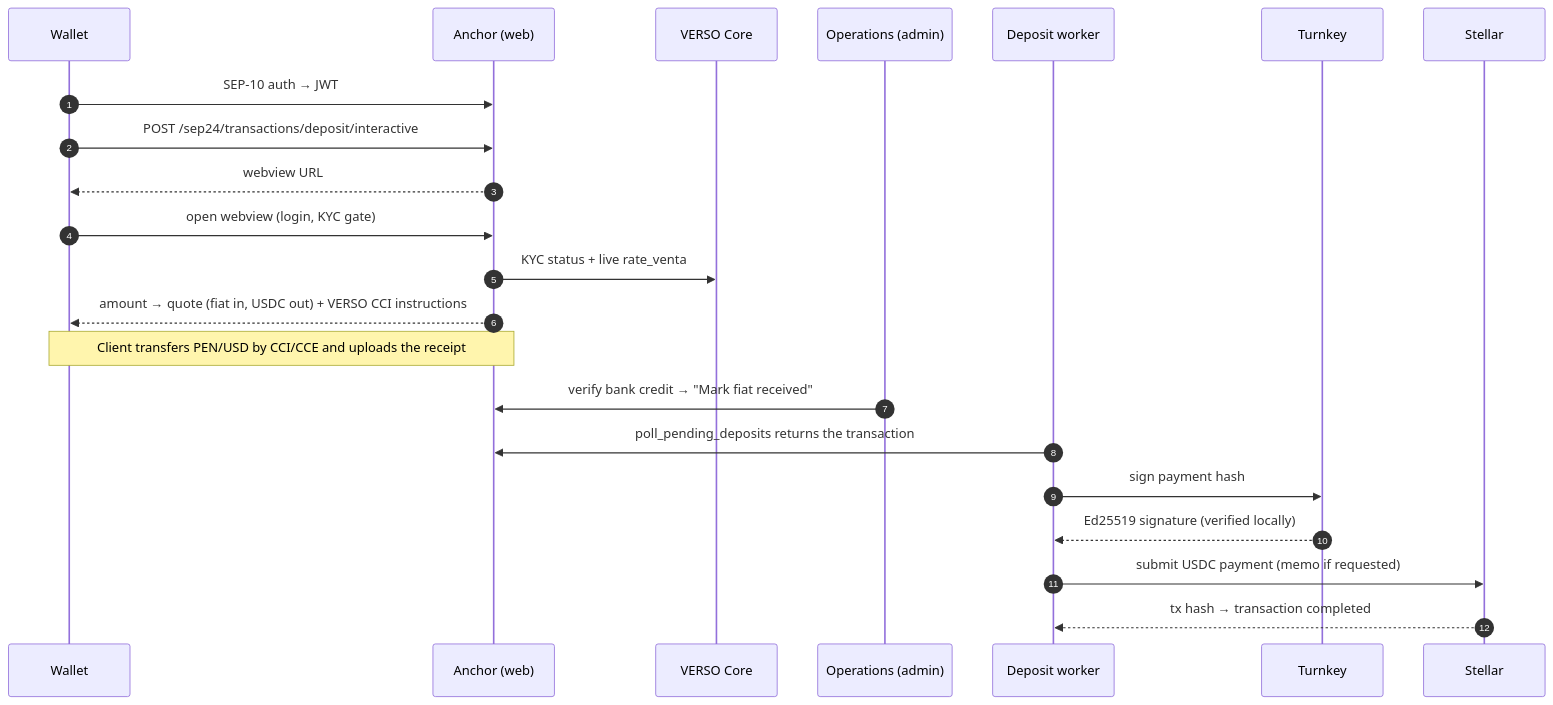
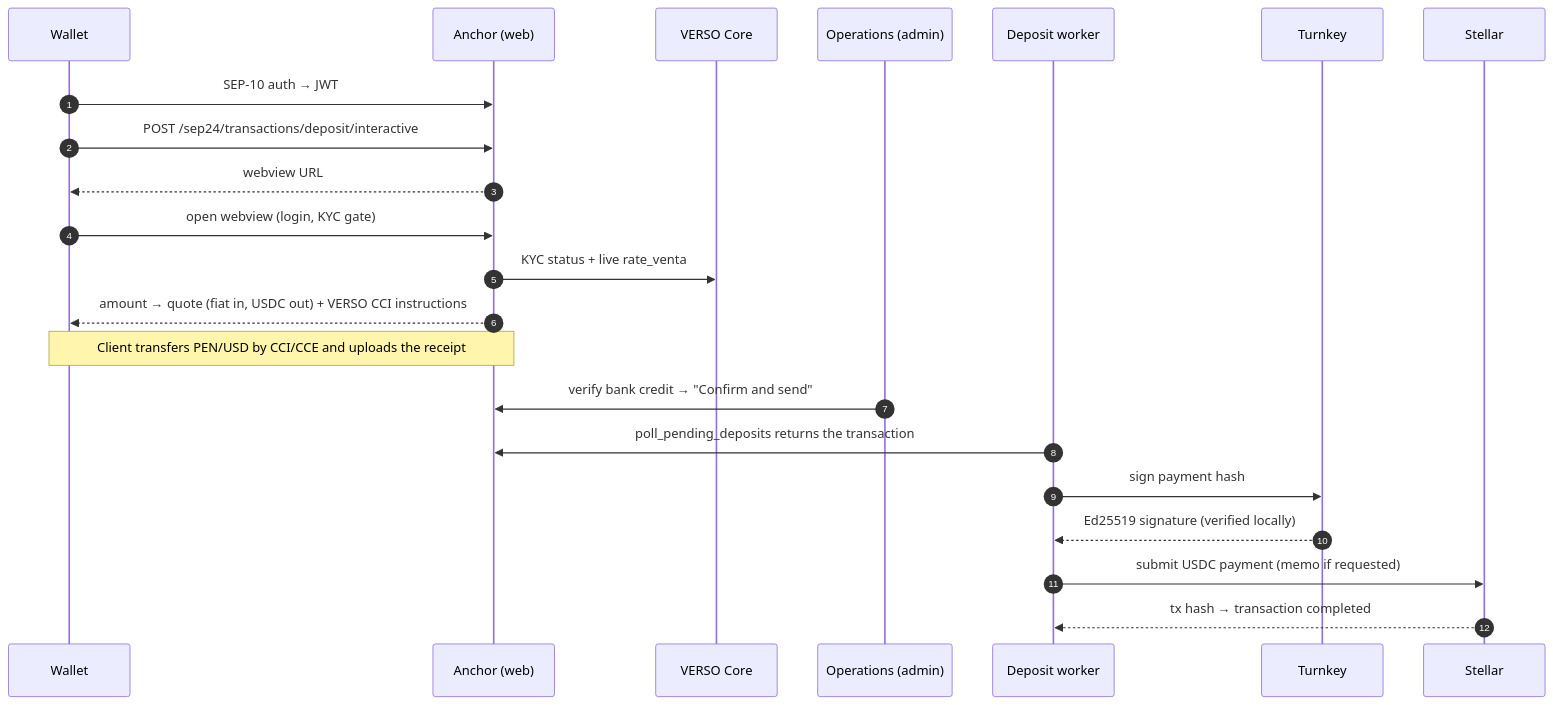
The second of 3 diagrams in docs/ARCHITECTURE.md (WildorAP/VERSO-SDF), drawn with Mermaid before and after one commit. The commit also changed other lines of this file and 10 other files, not shown here.

````diff
--- a/docs/ARCHITECTURE.md
+++ b/docs/ARCHITECTURE.md
@@ -115,25 +119,25 @@
 ```mermaid
 sequenceDiagram
     autonumber
     participant W as Wallet
     participant A as Anchor (web)
     participant C as VERSO Core
     participant O as Operations (admin)
     participant D as Deposit worker
     participant T as Turnkey
     participant S as Stellar
 
     W->>A: SEP-10 auth → JWT
     W->>A: POST /sep24/transactions/deposit/interactive
     A-->>W: webview URL
     W->>A: open webview (login, KYC gate)
     A->>C: KYC status + live rate_venta
     A-->>W: amount → quote (fiat in, USDC out) + VERSO CCI instructions
     Note over W,A: Client transfers PEN/USD by CCI/CCE and uploads the receipt
-    O->>A: verify bank credit → "Mark fiat received"
+    O->>A: verify bank credit → "Confirm and send"
     D->>A: poll_pending_deposits returns the transaction
     D->>T: sign payment hash
     T-->>D: Ed25519 signature (verified locally)
     D->>S: submit USDC payment (memo if requested)
     S-->>D: tx hash → transaction completed
 ```
````
